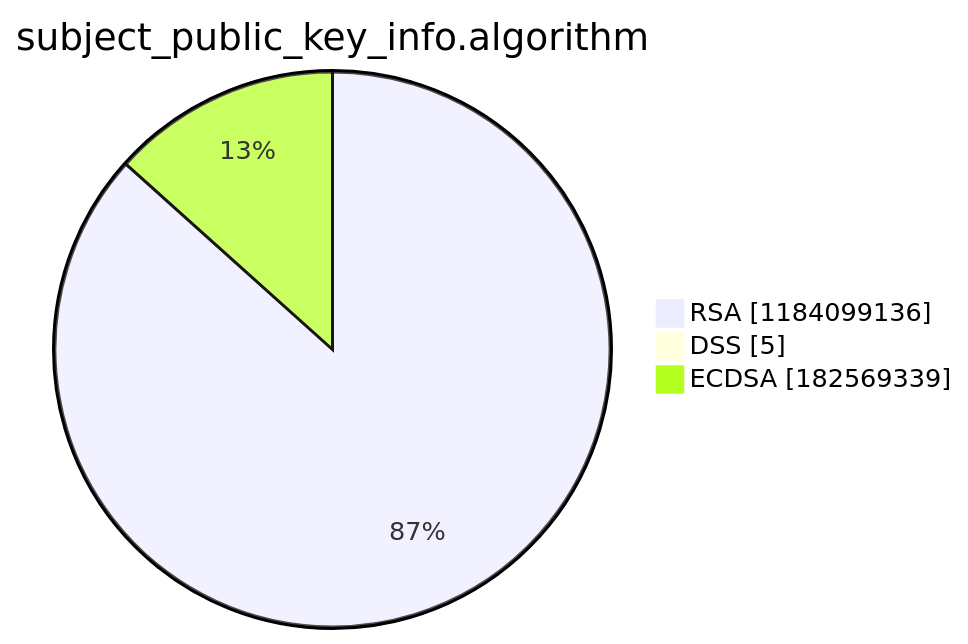
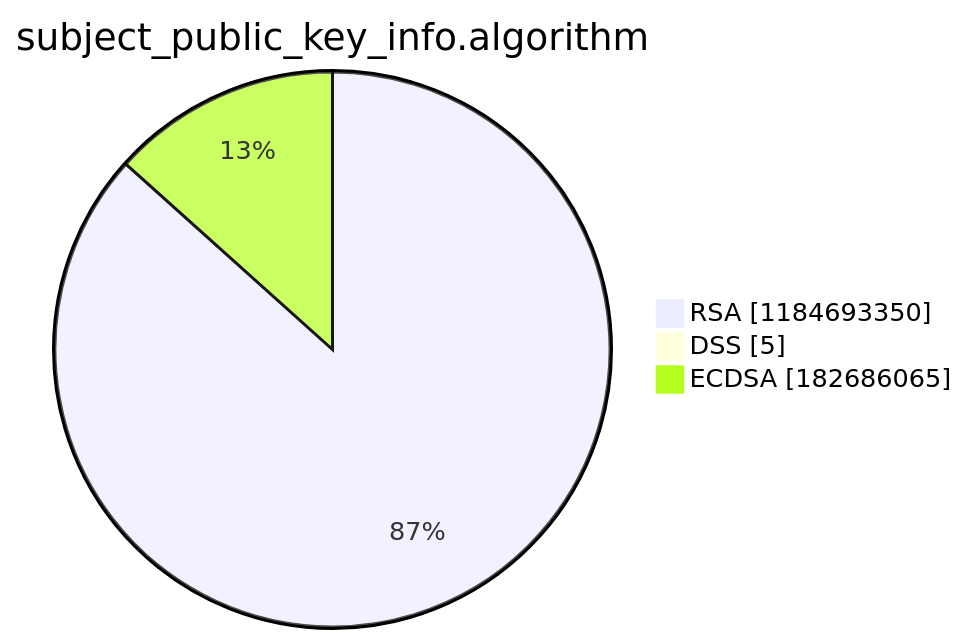
One commit to christiankrug/ctmonitor_visualization changed the third of 15 diagrams in argon2022/README.md. Above: the diagram before and after it, drawn with Mermaid. The commit also changed other lines of this file, not shown here.

````diff
--- a/argon2022/README.md
+++ b/argon2022/README.md
@@ -14,7 +14,7 @@
 ```mermaid
 pie showData
 title subject_public_key_info.algorithm
-"RSA" :1184099136
+"RSA" :1184693350
 "DSS" :5
-"ECDSA" :182569339
+"ECDSA" :182686065
 ```
````
